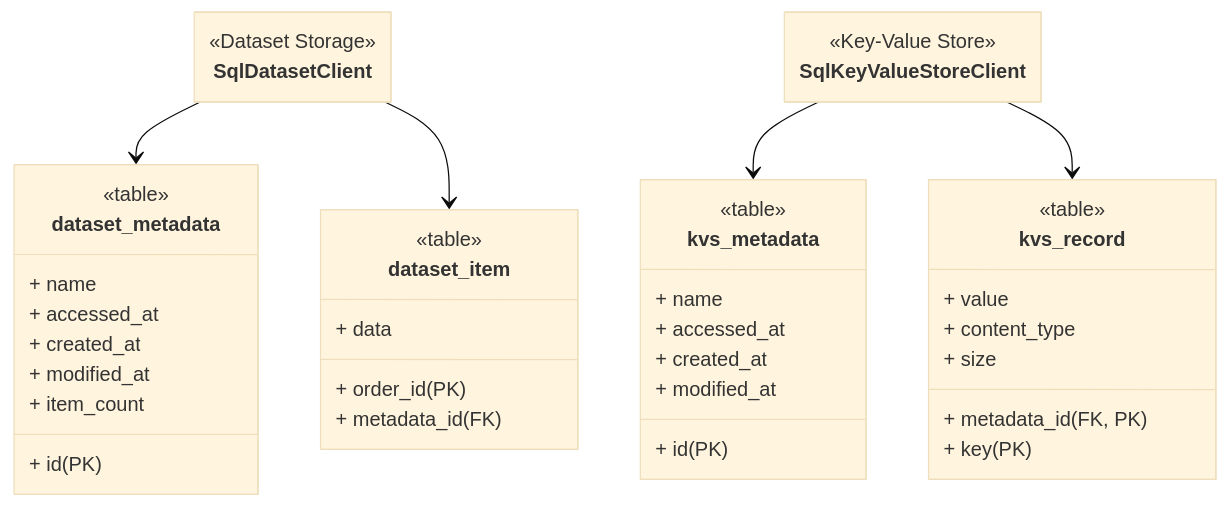
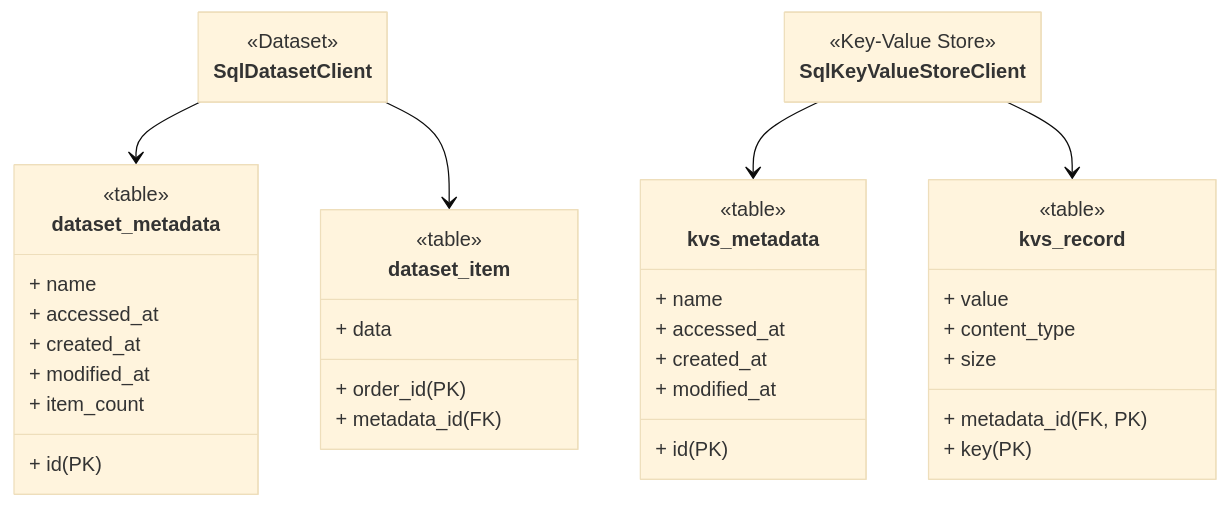
Before and after one commit to apify/crawlee-python: the second of 3 diagrams in docs/guides/storage_clients.mdx, drawn with Mermaid (base theme).

````diff
--- a/docs/guides/storage_clients.mdx
+++ b/docs/guides/storage_clients.mdx
@@ -151,74 +151,74 @@
 ```mermaid
 ---
 config:
     class:
         hideEmptyMembersBox: true
 ---
 
 classDiagram
 
 %% ========================
 %% Storage Clients
 %% ========================
 
 class SqlDatasetClient {
-    <<Dataset Storage>>
+    <<Dataset>>
 }
 
 class SqlKeyValueStoreClient {
     <<Key-Value Store>>
 }
 
 %% ========================
 %% Dataset Tables
 %% ========================
 
 class dataset_metadata {
     <<table>>
     + id (PK)
     + name
     + accessed_at
     + created_at
     + modified_at
     + item_count
 }
 
 class dataset_item {
     <<table>>
     + order_id (PK)
     + metadata_id (FK)
     + data
 }
 
 %% ========================
 %% Key-Value Store Tables
 %% ========================
 
 class kvs_metadata {
     <<table>>
     + id (PK)
     + name
     + accessed_at
     + created_at
     + modified_at
 }
 
 class kvs_record {
     <<table>>
     + metadata_id (FK, PK)
     + key (PK)
     + value
     + content_type
     + size
 }
 
 %% ========================
 %% Client to Table arrows
 %% ========================
 
 SqlDatasetClient --> dataset_metadata
 SqlDatasetClient --> dataset_item
 
 SqlKeyValueStoreClient --> kvs_metadata
 SqlKeyValueStoreClient --> kvs_record
 ```
````
